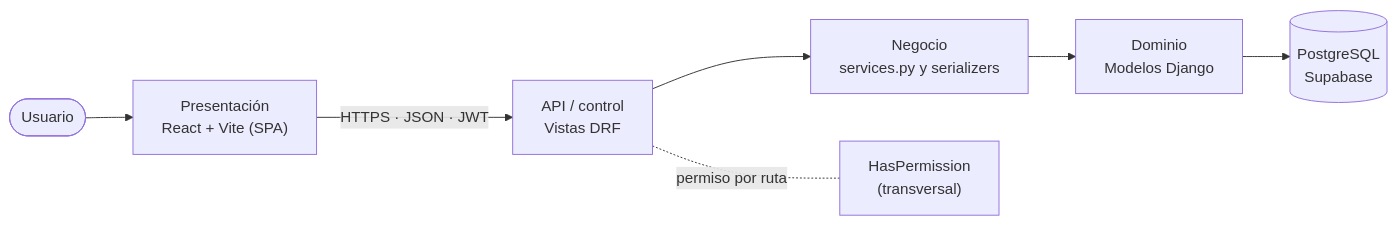
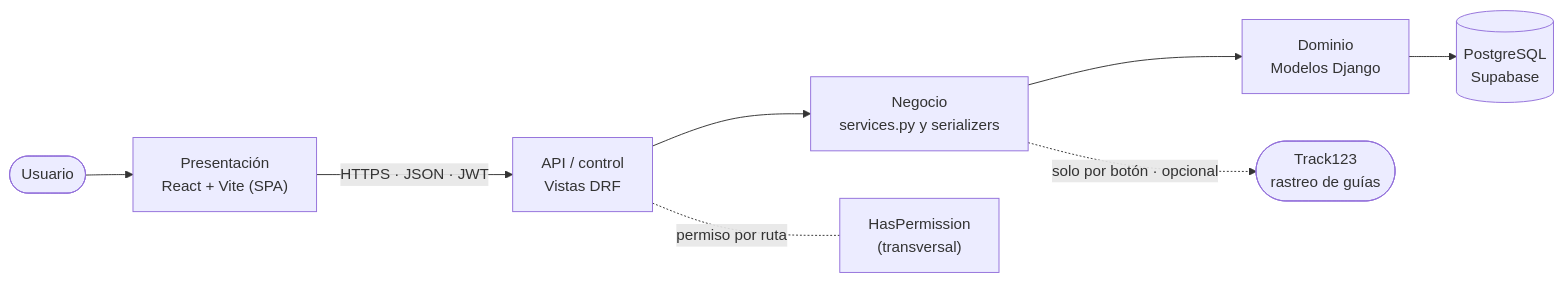
One commit to BayronVV/TexCoreERP-Backend changed the first of 3 diagrams in docs/arquitectura.md. Above: the diagram before and after it, drawn with Mermaid. The commit also changed other lines of this file and 40 other files, not shown here.

````diff
--- a/docs/arquitectura.md
+++ b/docs/arquitectura.md
@@ -8,9 +8,10 @@
 ```mermaid
 flowchart LR
     U([Usuario]) --> F["Presentación<br/>React + Vite (SPA)"]
     F -- "HTTPS · JSON · JWT" --> V["API / control<br/>Vistas DRF"]
     V --> S["Negocio<br/>services.py y serializers"]
     S --> M["Dominio<br/>Modelos Django"]
     M --> D[("PostgreSQL<br/>Supabase")]
     V -. "permiso por ruta" .- P["HasPermission<br/>(transversal)"]
+    S -. "solo por botón · opcional" .-> T(["Track123<br/>rastreo de guías"])
 ```
````
